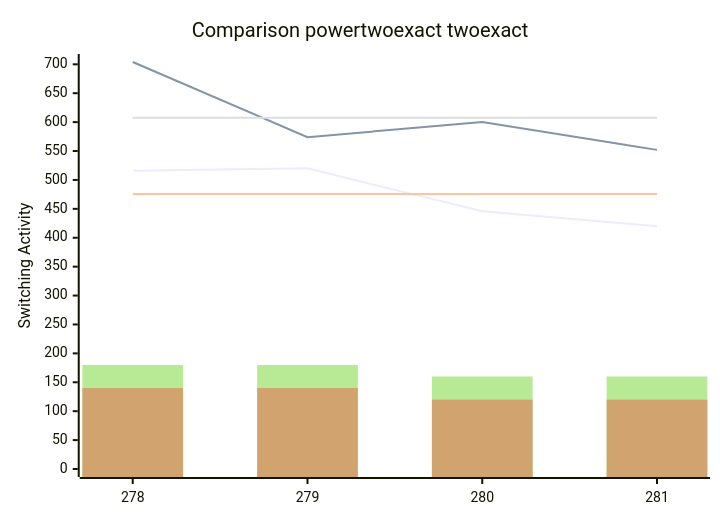
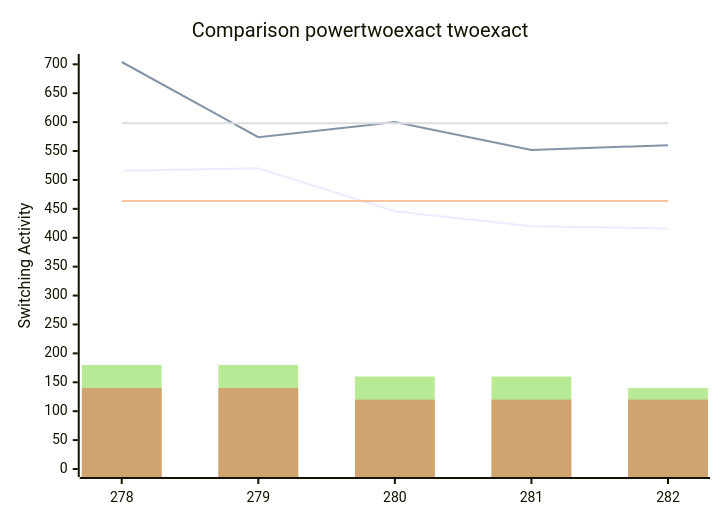
The diagram in benchmark_opt_500_2.md (FeldmeierMichael/Exact-Power-Synthesis), drawn with Mermaid before and after one commit. The commit also changed other lines of this file, not shown here.

````diff
--- a/benchmark_opt_500_2.md
+++ b/benchmark_opt_500_2.md
@@ -9,12 +11,12 @@
 ```mermaid
 xychart-beta
     title "Comparison powertwoexact twoexact"
-    x-axis [278, 279, 280, 281]
+    x-axis [278, 279, 280, 281, 282]
     y-axis "Switching Activity" 0-->704
-    line [516, 520, 446, 420]
-    line [704, 574, 600, 552]
-    line [475.5, 475.5, 475.5, 475.5]
-    line [607.5, 607.5, 607.5, 607.5]
-    bar [180, 180, 160, 160]
-    bar [140, 140, 120, 120]
+    line [516, 520, 446, 420, 416]
+    line [704, 574, 600, 552, 560]
+    line [463.6, 463.6, 463.6, 463.6, 463.6]
+    line [598.0, 598.0, 598.0, 598.0, 598.0]
+    bar [180, 180, 160, 160, 140]
+    bar [140, 140, 120, 120, 120]
 ```
````
